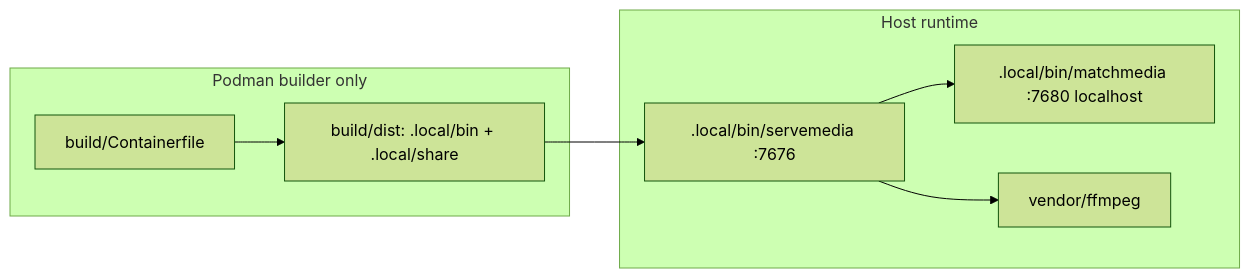
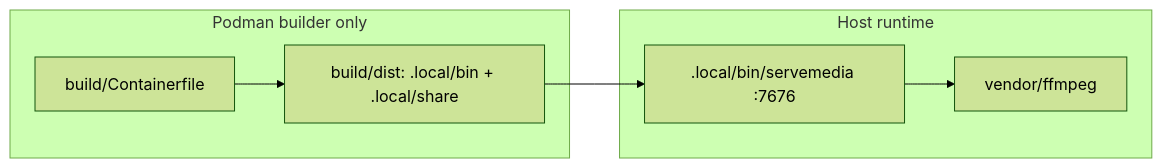
One commit to AlyShmahell/ServeMedia changed the diagram in docs/architecture.md. Above: the diagram before and after it, drawn with Mermaid (forest theme). The commit also changed other lines of this file and 85 other files, not shown here.

Commit message:
replace the MatchMedia standalone restful service with the new MatchMedia module, link to in in the ServeMedia process. Browse libraries as a folder tree.

````diff
--- a/docs/architecture.md
+++ b/docs/architecture.md
@@ -7,12 +7,11 @@
 ```mermaid
 flowchart LR
   subgraph build [Podman builder only]
     CF[build/Containerfile]
     CF --> Dist["build/dist: .local/bin + .local/share"]
   end
   subgraph host [Host runtime]
     Dist --> ServeMedia[".local/bin/servemedia :7676"]
-    ServeMedia --> MatchMedia[".local/bin/matchmedia :7680 localhost"]
     ServeMedia --> FFmpeg["vendor/ffmpeg"]
   end
 ```
````
